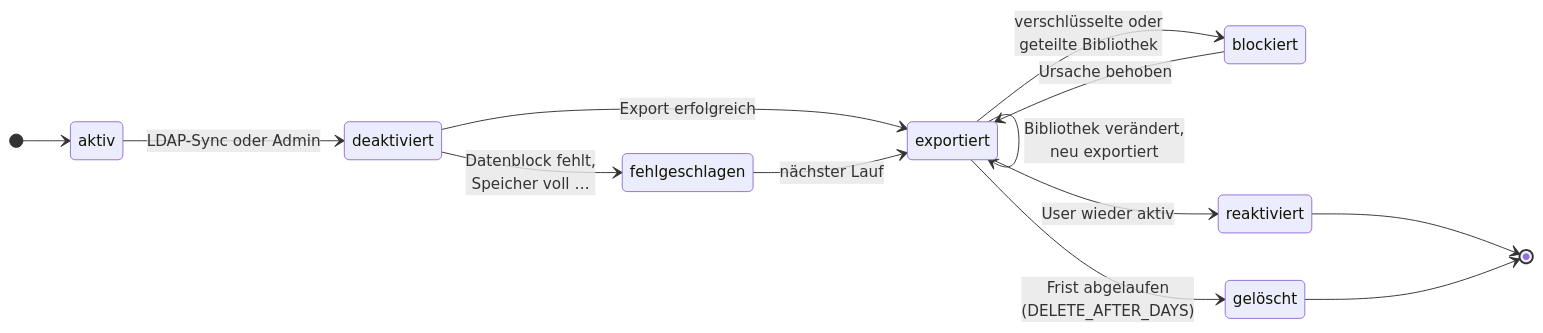
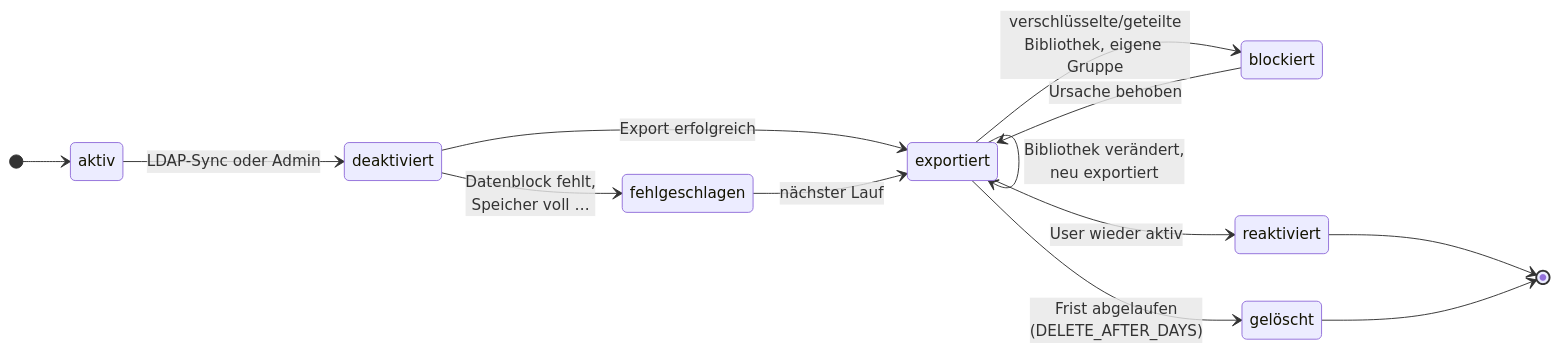
The second of 2 diagrams in README.md (datamate-rethink-it/seafile-archiver), drawn with Mermaid before and after one commit. The commit also changed other lines of this file and 2 other files, not shown here.

First line of the commit message:
Löschung blockieren, solange der User Besitzer einer Gruppe ist

````diff
--- a/README.md
+++ b/README.md
@@ -58,16 +58,16 @@
 ```mermaid
 stateDiagram-v2
     direction LR
     [*] --> aktiv
     aktiv --> deaktiviert: LDAP-Sync oder Admin
     deaktiviert --> exportiert: Export erfolgreich
     deaktiviert --> fehlgeschlagen: Datenblock fehlt,<br/>Speicher voll …
     fehlgeschlagen --> exportiert: nächster Lauf
     exportiert --> exportiert: Bibliothek verändert,<br/>neu exportiert
-    exportiert --> blockiert: verschlüsselte oder<br/>geteilte Bibliothek
+    exportiert --> blockiert: verschlüsselte/geteilte<br/>Bibliothek, eigene Gruppe
     blockiert --> exportiert: Ursache behoben
     exportiert --> gelöscht: Frist abgelaufen<br/>(DELETE_AFTER_DAYS)
     exportiert --> reaktiviert: User wieder aktiv
     reaktiviert --> [*]
     gelöscht --> [*]
 ```
````
